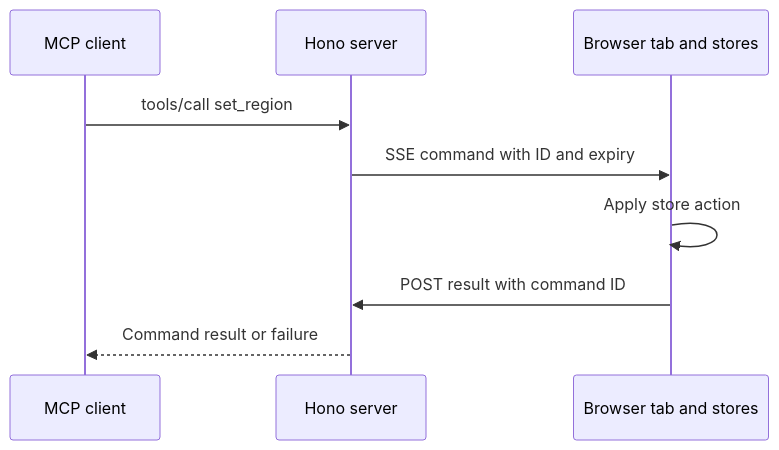
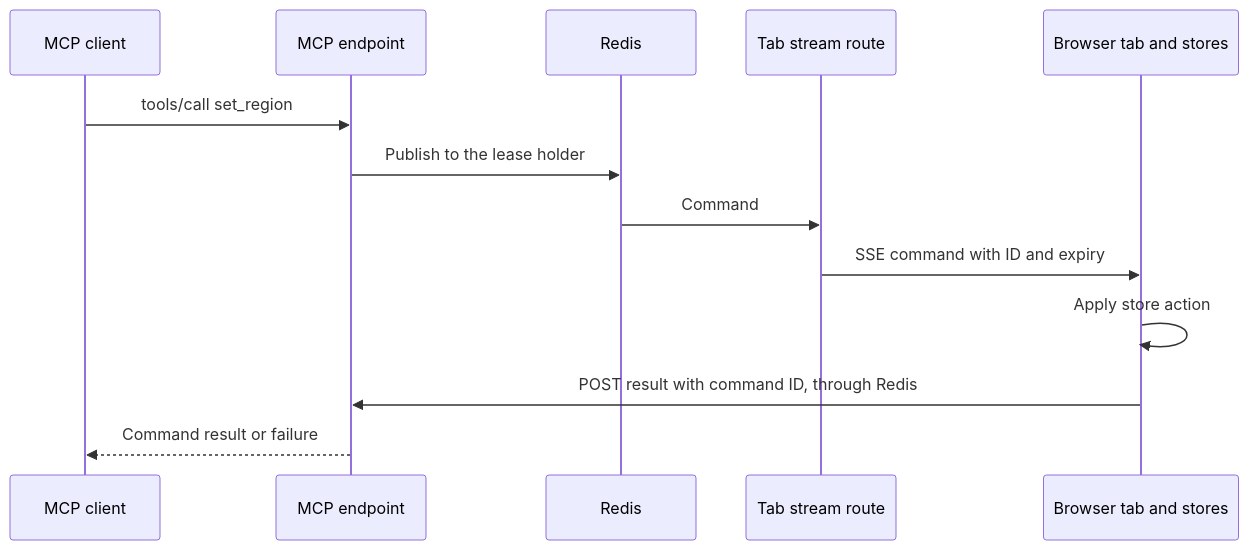
One commit to weng-lab/genomebrowser changed the second of 3 diagrams in apps/web/docs/02-guides/dataFlow.md. Above: the diagram before and after it, drawn with Mermaid. The commit also changed other lines of this file and 73 other files, not shown here.

Commit message:
Move the browser MCP endpoint into Next.js

````diff
--- a/apps/web/docs/02-guides/dataFlow.md
+++ b/apps/web/docs/02-guides/dataFlow.md
@@ -54,11 +56,15 @@
 ```mermaid
 sequenceDiagram
   participant Agent as MCP client
-  participant Server as Hono server
+  participant MCP as MCP endpoint
+  participant Redis
+  participant Stream as Tab stream route
   participant Tab as Browser tab and stores
-  Agent->>Server: tools/call set_region
-  Server->>Tab: SSE command with ID and expiry
+  Agent->>MCP: tools/call set_region
+  MCP->>Redis: Publish to the lease holder
+  Redis->>Stream: Command
+  Stream->>Tab: SSE command with ID and expiry
   Tab->>Tab: Apply store action
-  Tab->>Server: POST result with command ID
-  Server-->>Agent: Command result or failure
+  Tab->>MCP: POST result with command ID, through Redis
+  MCP-->>Agent: Command result or failure
 ```
````
